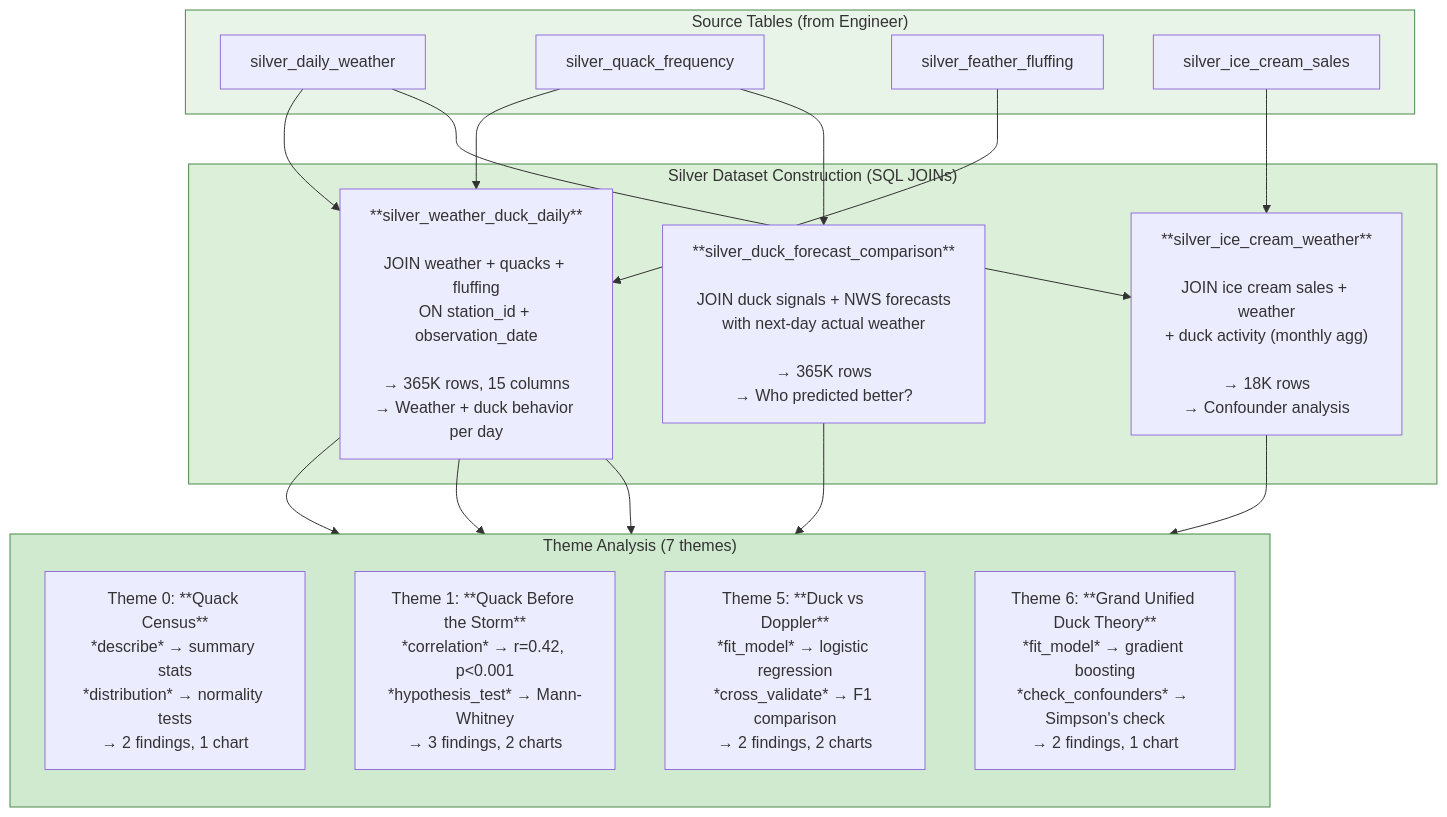
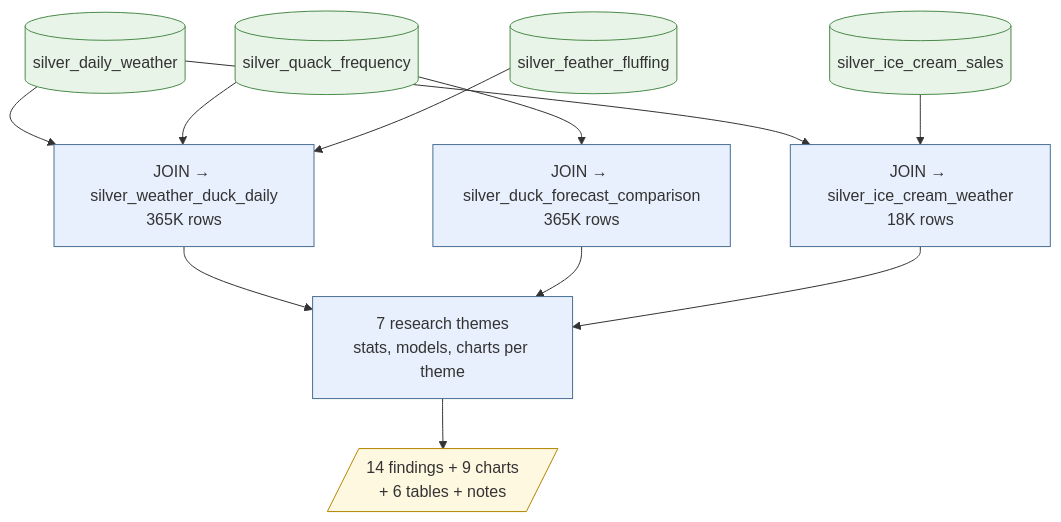
One commit to jweinberg-a2a/versifai-data-agents changed the fifth of 5 diagrams in docs/tutorial-silly-weather.md. Above: the diagram before and after it, drawn with Mermaid. The commit also changed other lines of this file and 4 other files, not shown here.

Commit message:
diagrams fixed

````diff
--- a/docs/tutorial-silly-weather.md
+++ b/docs/tutorial-silly-weather.md
@@ -705,39 +621,24 @@
 ```mermaid
 flowchart TD
-    subgraph source_tables["Source Tables (from Engineer)"]
-        T1["silver_daily_weather"]
-        T2["silver_quack_frequency"]
-        T3["silver_feather_fluffing"]
-        T4["silver_ice_cream_sales"]
-    end
+    T1[("silver_daily_weather")] --> J1["JOIN → silver_weather_duck_daily<br>365K rows"]
+    T2[("silver_quack_frequency")] --> J1
+    T3[("silver_feather_fluffing")] --> J1
+    T2 --> J2["JOIN → silver_duck_forecast_comparison<br>365K rows"]
+    T1 --> J3["JOIN → silver_ice_cream_weather<br>18K rows"]
+    T4[("silver_ice_cream_sales")] --> J3
 
-    subgraph silver_construction["Silver Dataset Construction (SQL JOINs)"]
-        J1["**silver_weather_duck_daily**<br><br>JOIN weather + quacks + fluffing<br>ON station_id + observation_date<br><br>→ 365K rows, 15 columns<br>→ Weather + duck behavior per day"]
-        J2["**silver_duck_forecast_comparison**<br><br>JOIN duck signals + NWS forecasts<br>with next-day actual weather<br><br>→ 365K rows<br>→ Who predicted better?"]
-        J3["**silver_ice_cream_weather**<br><br>JOIN ice cream sales + weather<br>+ duck activity (monthly agg)<br><br>→ 18K rows<br>→ Confounder analysis"]
-    end
+    J1 --> THEMES["7 research themes<br>stats, models, charts per theme"]
+    J2 --> THEMES
+    J3 --> THEMES
+    THEMES --> OUT[/"14 findings + 9 charts<br>+ 6 tables + notes"/]
 
-    subgraph analysis["Theme Analysis (7 themes)"]
-        direction TB
-        TH0["Theme 0: **Quack Census**<br>*describe* → summary stats<br>*distribution* → normality tests<br>→ 2 findings, 1 chart"]
-        TH1["Theme 1: **Quack Before the Storm**<br>*correlation* → r=0.42, p<0.001<br>*hypothesis_test* → Mann-Whitney<br>→ 3 findings, 2 charts"]
-        TH5["Theme 5: **Duck vs Doppler**<br>*fit_model* → logistic regression<br>*cross_validate* → F1 comparison<br>→ 2 findings, 2 charts"]
-        TH6["Theme 6: **Grand Unified Duck Theory**<br>*fit_model* → gradient boosting<br>*check_confounders* → Simpson's check<br>→ 2 findings, 1 chart"]
-    end
-
-    T1 --> J1
-    T2 --> J1
-    T3 --> J1
-    T2 --> J2
-    T1 --> J3
-    T4 --> J3
-    J1 --> TH0
-    J1 --> TH1
-    J2 --> TH5
-    J1 --> TH6
-    J3 --> TH6
-
-    style source_tables fill:#e8f4e8,stroke:#4a8a4a
-    style silver_construction fill:#dcefd8,stroke:#4a8a4a
-    style analysis fill:#d0ead0,stroke:#4a8a4a
+    style T1 fill:#e8f4e8,stroke:#4a8a4a
+    style T2 fill:#e8f4e8,stroke:#4a8a4a
+    style T3 fill:#e8f4e8,stroke:#4a8a4a
+    style T4 fill:#e8f4e8,stroke:#4a8a4a
+    style J1 fill:#e8f0fe,stroke:#4a6f93
+    style J2 fill:#e8f0fe,stroke:#4a6f93
+    style J3 fill:#e8f0fe,stroke:#4a6f93
+    style THEMES fill:#e8f0fe,stroke:#4a6f93
+    style OUT fill:#fff8e1,stroke:#b38600
 ```
````
